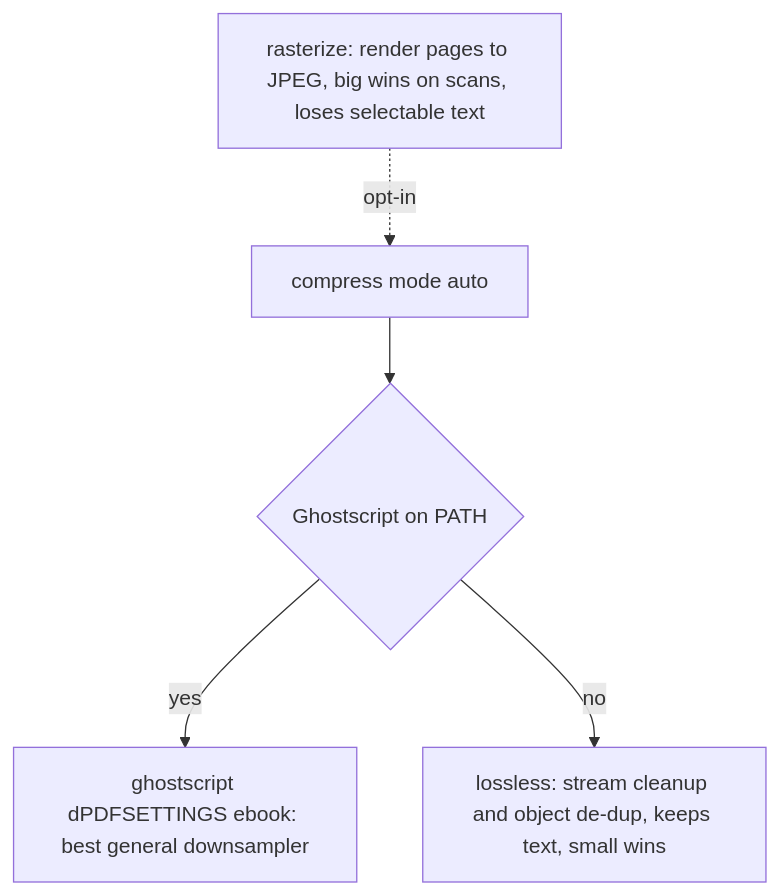
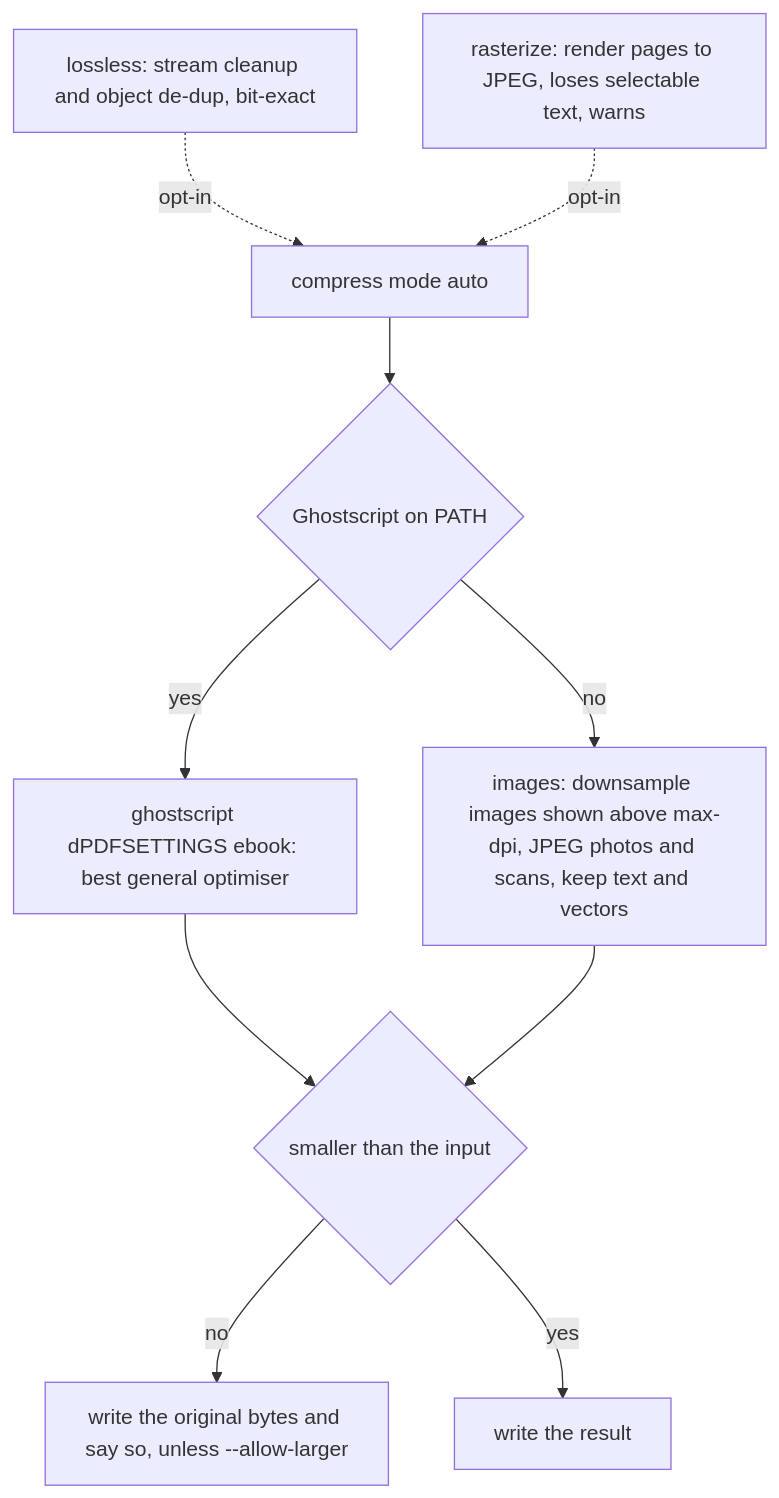
One commit to AleBrito124356/pdf-power-tools changed the second of 2 diagrams in README.md. Above: the diagram before and after it, drawn with Mermaid. The commit also changed other lines of this file and 3 other files, not shown here.

````diff
--- a/README.md
+++ b/README.md
@@ -156,7 +222,12 @@
 ```mermaid
 flowchart TD
     START[compress mode auto] --> HASGS{Ghostscript on PATH}
-    HASGS -- yes --> GS[ghostscript dPDFSETTINGS ebook: best general downsampler]
-    HASGS -- no --> LOSS[lossless: stream cleanup and object de-dup, keeps text, small wins]
-    RAST[rasterize: render pages to JPEG, big wins on scans, loses selectable text] -.opt-in.-> START
+    HASGS -- yes --> GS[ghostscript dPDFSETTINGS ebook: best general optimiser]
+    HASGS -- no --> IMG[images: downsample images shown above max-dpi, JPEG photos and scans, keep text and vectors]
+    LOSS[lossless: stream cleanup and object de-dup, bit-exact] -.opt-in.-> START
+    RAST[rasterize: render pages to JPEG, loses selectable text, warns] -.opt-in.-> START
+    GS --> GUARD{smaller than the input}
+    IMG --> GUARD
+    GUARD -- no --> KEEP[write the original bytes and say so, unless --allow-larger]
+    GUARD -- yes --> DONE[write the result]
 ```
````
